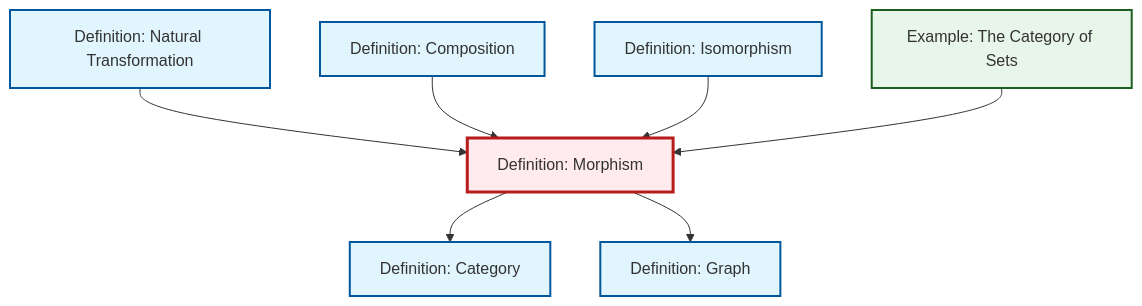
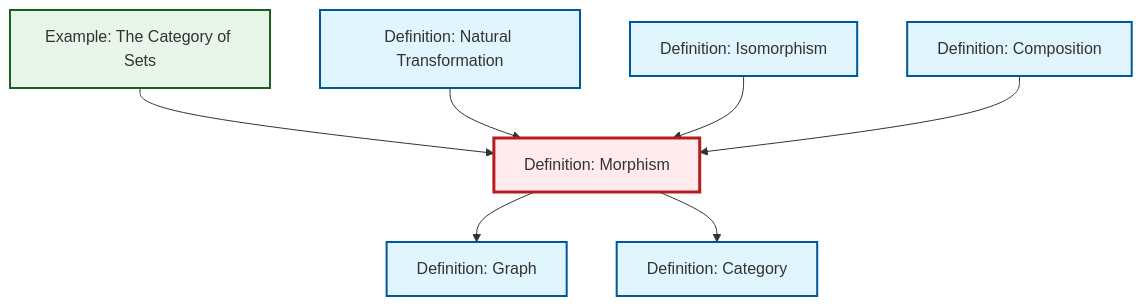
One commit to RK0429/ModernMath changed the diagram in content/en/category-theory/def-morphism.qmd. Above: the diagram before and after it, drawn with Mermaid. The commit also changed other lines of this file and 22 other files, not shown here.

````diff
--- a/content/en/category-theory/def-morphism.qmd
+++ b/content/en/category-theory/def-morphism.qmd
@@ -56,29 +56,29 @@
 ```{mermaid}
 %%| fig-cap: "Local dependency graph"
 graph TD
     classDef definition fill:#e1f5fe,stroke:#01579b,stroke-width:2px
     classDef theorem fill:#f3e5f5,stroke:#4a148c,stroke-width:2px
     classDef axiom fill:#fff3e0,stroke:#e65100,stroke-width:2px
     classDef example fill:#e8f5e9,stroke:#1b5e20,stroke-width:2px
     classDef current fill:#ffebee,stroke:#b71c1c,stroke-width:3px
+    def-graph["Definition: Graph"]:::definition
+    def-category["Definition: Category"]:::definition
+    def-composition["Definition: Composition"]:::definition
+    def-natural-transformation["Definition: Natural Transformation"]:::definition
+    def-morphism["Definition: Morphism"]:::definition
+    def-isomorphism["Definition: Isomorphism"]:::definition
     ex-set-category["Example: The Category of Sets"]:::example
-    def-category["Definition: Category"]:::definition
-    def-natural-transformation["Definition: Natural Transformation"]:::definition
-    def-graph["Definition: Graph"]:::definition
-    def-isomorphism["Definition: Isomorphism"]:::definition
-    def-morphism["Definition: Morphism"]:::definition
-    def-composition["Definition: Composition"]:::definition
-    def-natural-transformation --> def-morphism
-    def-composition --> def-morphism
-    def-isomorphism --> def-morphism
-    def-morphism --> def-category
     def-morphism --> def-graph
     ex-set-category --> def-morphism
+    def-natural-transformation --> def-morphism
+    def-morphism --> def-category
+    def-isomorphism --> def-morphism
+    def-composition --> def-morphism
     class def-morphism current
+    click def-graph "def-graph.html" "Go to Graph definition"
+    click def-category "def-category.html" "Go to Category definition"
+    click def-composition "def-composition.html" "Go to Composition definition"
+    click def-natural-transformation "def-natural-transformation.html" "Go to Natural Transformation definition"
+    click def-isomorphism "def-isomorphism.html" "Go to Isomorphism definition"
     click ex-set-category "ex-set-category.html" "Go to The Category of Sets example"
-    click def-category "def-category.html" "Go to Category definition"
-    click def-natural-transformation "def-natural-transformation.html" "Go to Natural Transformation definition"
-    click def-graph "def-graph.html" "Go to Graph definition"
-    click def-isomorphism "def-isomorphism.html" "Go to Isomorphism definition"
-    click def-composition "def-composition.html" "Go to Composition definition"
 ```
````
